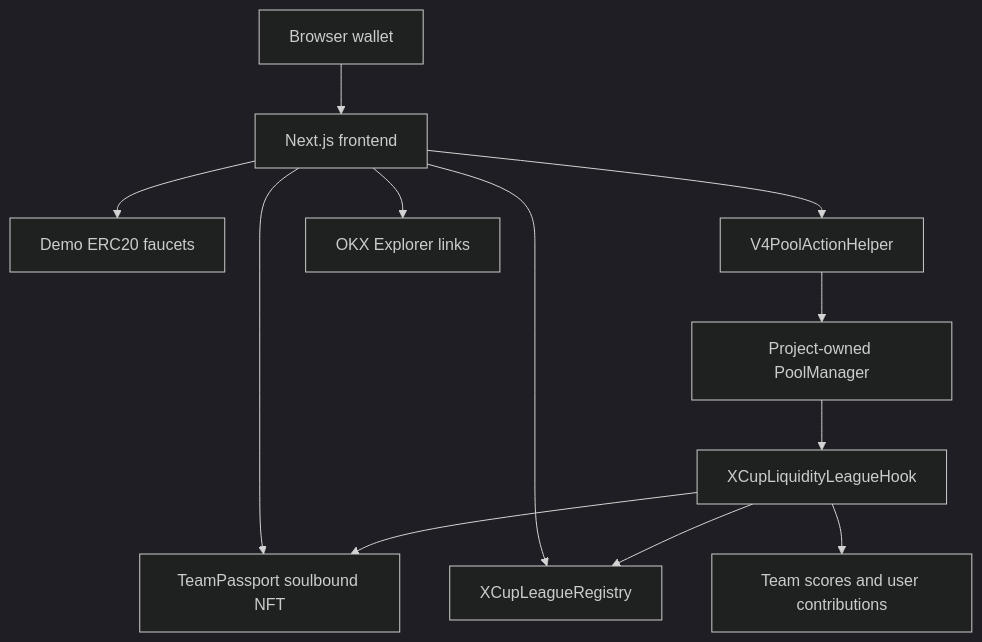
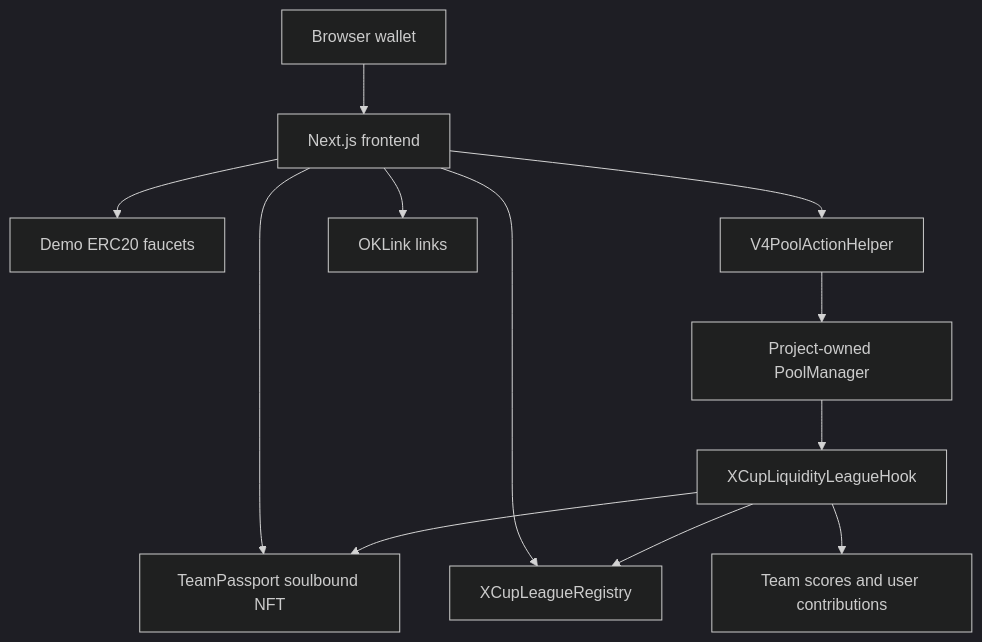
The diagram in README.md (bitnormie01/x-cup-liquidity-league), drawn with Mermaid (dark theme) before and after one commit. The commit also changed other lines of this file and 22 other files, not shown here.

````diff
--- a/README.md
+++ b/README.md
@@ -24,14 +27,14 @@
 ```mermaid
 flowchart TD
   Wallet[Browser wallet] --> Frontend[Next.js frontend]
   Frontend --> Faucet[Demo ERC20 faucets]
   Frontend --> Passport[TeamPassport soulbound NFT]
   Frontend --> Helper[V4PoolActionHelper]
   Frontend --> Registry[XCupLeagueRegistry]
   Helper --> PoolManager[Project-owned PoolManager]
   PoolManager --> Hook[XCupLiquidityLeagueHook]
   Hook --> Registry
   Hook --> Passport
   Hook --> Scores[Team scores and user contributions]
-  Frontend --> Explorer[OKX Explorer links]
+  Frontend --> Explorer[OKLink links]
 ```
````
